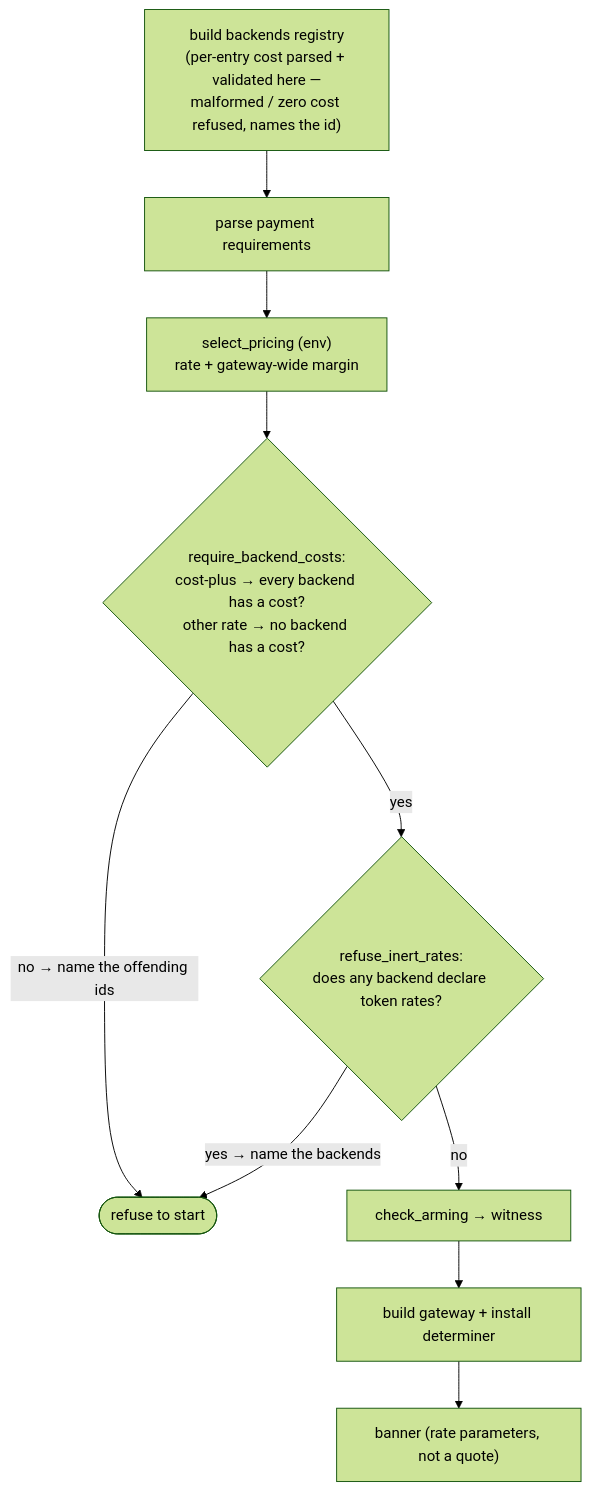
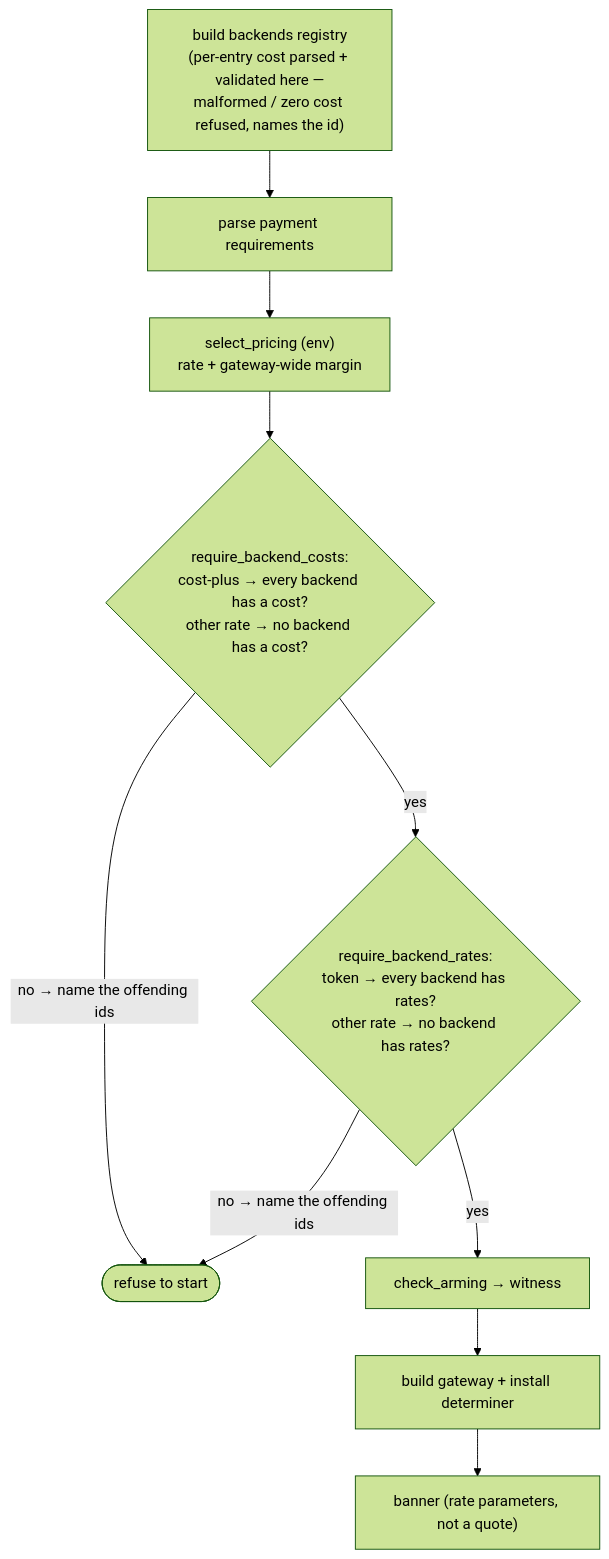
Before and after one commit to geekinasuit/obolus: the second of 2 diagrams in docs/pricing.md, drawn with Mermaid (forest theme). The commit also changed other lines of this file and 11 other files, not shown here.

First line of the commit message:
Price paid requests by token rates (#31 item 2, slice 4) (#129)

````diff
--- a/docs/pricing.md
+++ b/docs/pricing.md
@@ -335,12 +400,12 @@
 ```mermaid
 flowchart TB
   be["build backends registry<br/>(per-entry cost parsed + validated here —<br/>malformed / zero cost refused, names the id)"] --> reqs["parse payment requirements"]
   reqs --> sel["select_pricing (env)<br/>rate + gateway-wide margin"]
   sel --> cov{"require_backend_costs:<br/>cost-plus → every backend has a cost?<br/>other rate → no backend has a cost?"}
   cov -->|"no → name the offending ids"| refuse(["refuse to start"])
-  cov -->|"yes"| inert{"refuse_inert_rates:<br/>does any backend declare token rates?"}
-  inert -->|"yes → name the backends"| refuse
-  inert -->|"no"| arm["check_arming → witness"]
+  cov -->|"yes"| rates{"require_backend_rates:<br/>token → every backend has rates?<br/>other rate → no backend has rates?"}
+  rates -->|"no → name the offending ids"| refuse
+  rates -->|"yes"| arm["check_arming → witness"]
   arm --> gw["build gateway + install determiner"]
   gw --> banner["banner (rate parameters, not a quote)"]
 ```
````
